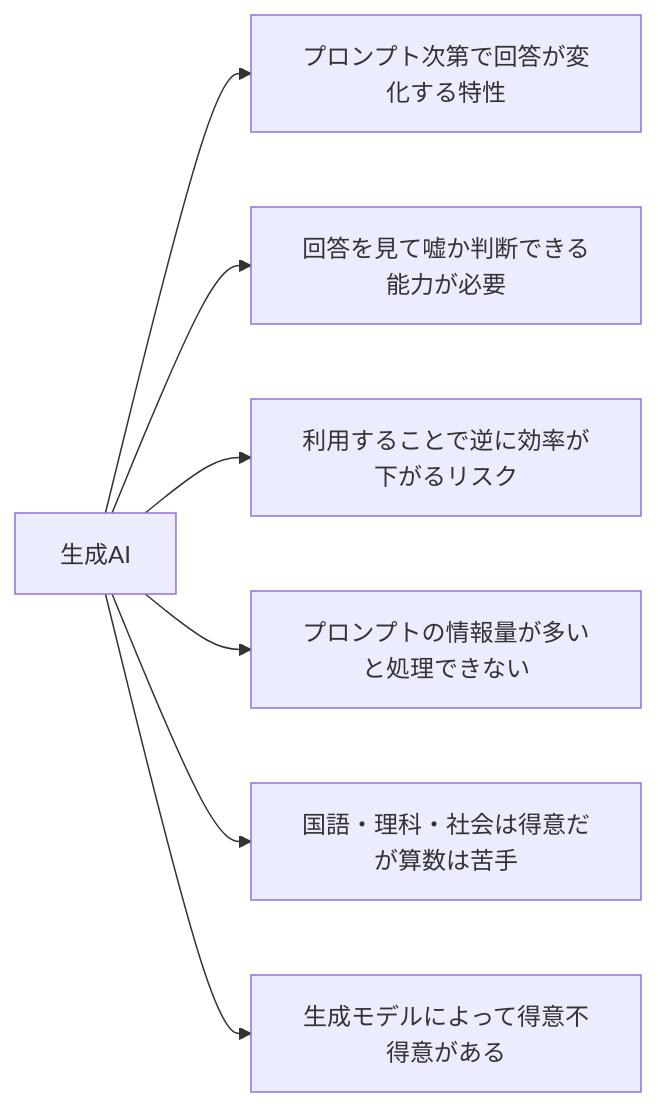
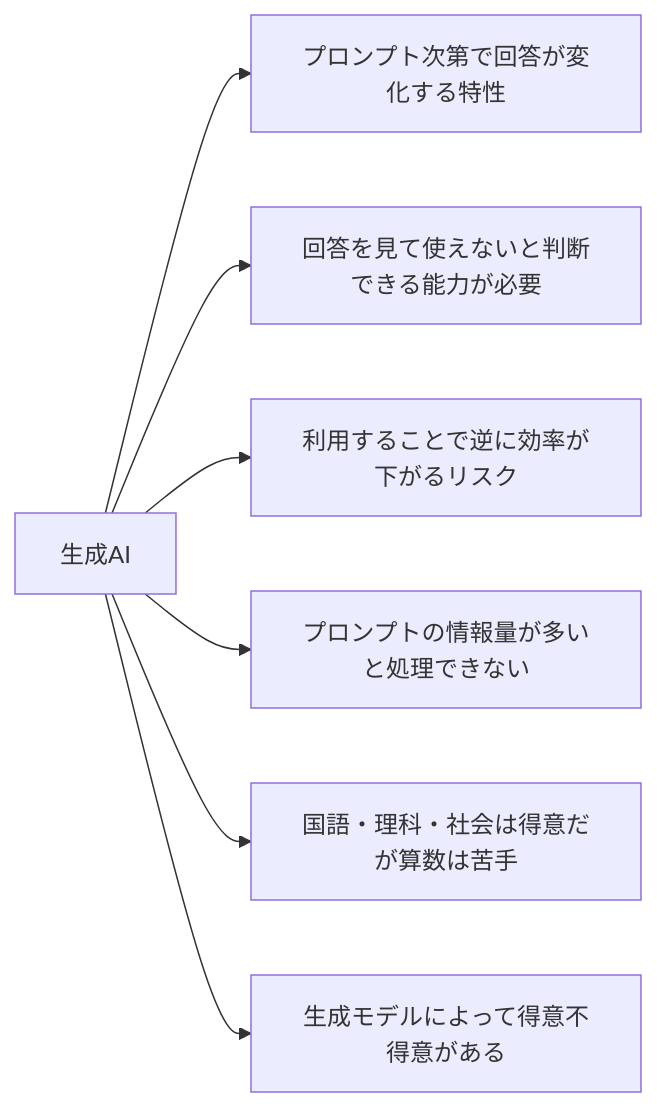
The fourth of 14 diagrams in README.md (SparklingDetergent/doc_genai_Using_Generative_AI_with_Mac_Mini_-Introduction-), drawn with Mermaid before and after one commit.

````diff
--- a/README.md
+++ b/README.md
@@ -77,9 +77,9 @@
 ```mermaid
 graph LR
     A[生成AI] --> F[プロンプト次第で回答が変化する特性]
-    A --> G[回答を見て嘘か判断できる能力が必要]
+    A --> G[回答を見て使えないと判断できる能力が必要]
     A --> B[利用することで逆に効率が下がるリスク]
     A --> E[プロンプトの情報量が多いと処理できない]
     A --> C[国語・理科・社会は得意だが算数は苦手]
     A --> D[生成モデルによって得意不得意がある]
 ```
````
